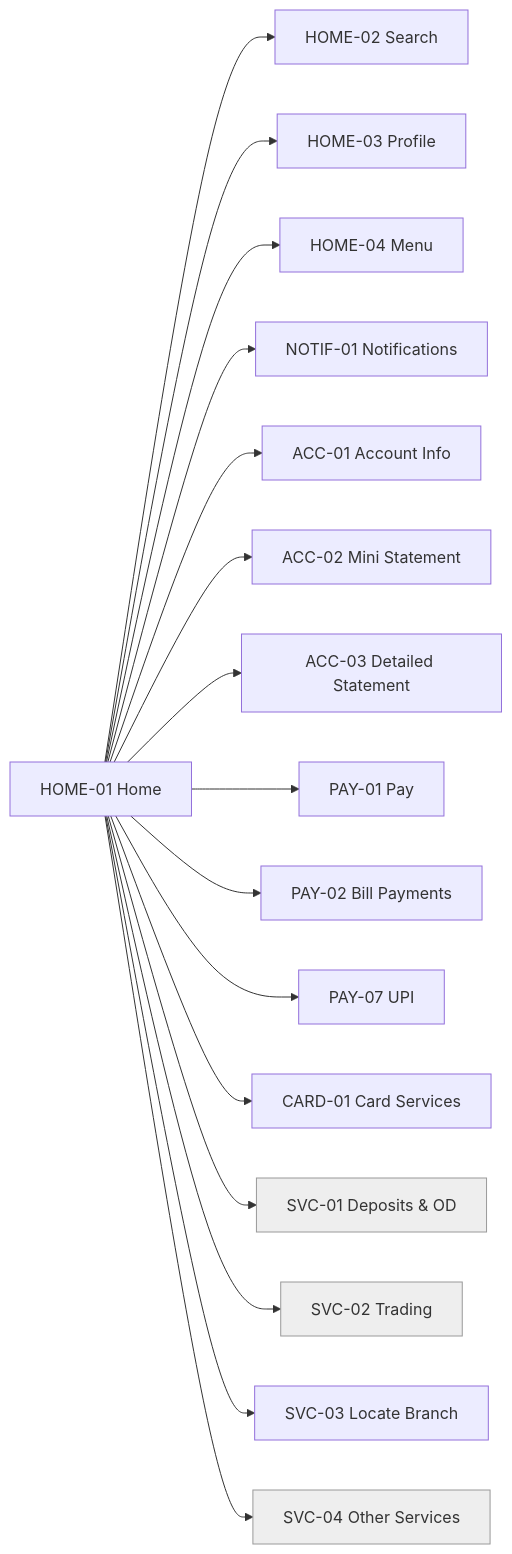
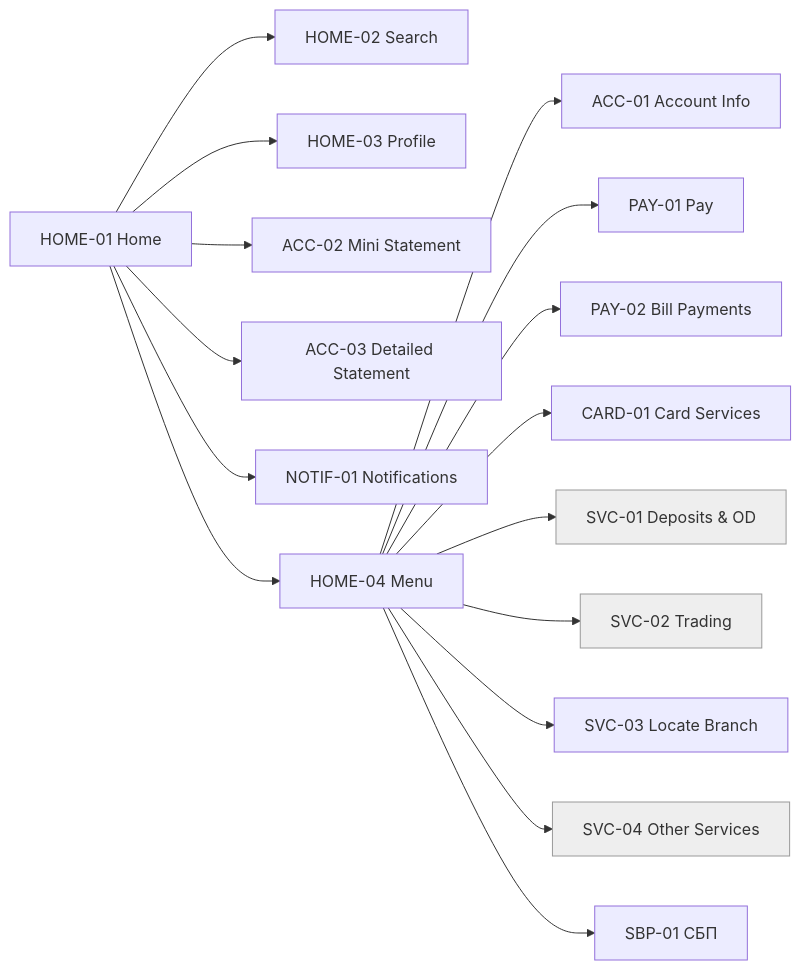
The seventh of 7 diagrams in docs/ui/USER_FLOWS.md (Shustrjak/claude_repo), drawn with Mermaid before and after one commit. The commit also changed other lines of this file and 6 other files, not shown here.

First line of the commit message:
Apply decisions D-01..D-05 to UI spec and roadmap

````diff
--- a/docs/ui/USER_FLOWS.md
+++ b/docs/ui/USER_FLOWS.md
@@ -161,20 +168,20 @@
 ```mermaid
 flowchart LR
   HOME01[HOME-01 Home] --> HOME02[HOME-02 Search]
   HOME01 --> HOME03[HOME-03 Profile]
-  HOME01 --> HOME04[HOME-04 Menu]
-  HOME01 --> NOTIF01[NOTIF-01 Notifications]
-  HOME01 --> ACC01[ACC-01 Account Info]
   HOME01 --> ACC02[ACC-02 Mini Statement]
   HOME01 --> ACC03[ACC-03 Detailed Statement]
-  HOME01 --> PAY01[PAY-01 Pay]
-  HOME01 --> PAY02[PAY-02 Bill Payments]
-  HOME01 --> PAY07[PAY-07 UPI]
-  HOME01 --> CARD01[CARD-01 Card Services]
-  HOME01 --> SVC01[SVC-01 Deposits & OD]
-  HOME01 --> SVC02[SVC-02 Trading]
-  HOME01 --> SVC03[SVC-03 Locate Branch]
-  HOME01 --> SVC04[SVC-04 Other Services]
+  HOME01 --> NOTIF01[NOTIF-01 Notifications]
+  HOME01 --> HOME04[HOME-04 Menu]
+  HOME04 --> ACC01[ACC-01 Account Info]
+  HOME04 --> PAY01[PAY-01 Pay]
+  HOME04 --> PAY02[PAY-02 Bill Payments]
+  HOME04 --> CARD01[CARD-01 Card Services]
+  HOME04 --> SVC01[SVC-01 Deposits & OD]
+  HOME04 --> SVC02[SVC-02 Trading]
+  HOME04 --> SVC03[SVC-03 Locate Branch]
+  HOME04 --> SVC04[SVC-04 Other Services]
+  HOME04 --> SBP01[SBP-01 СБП]
   classDef candidate fill:#eee,stroke:#999
   class SVC01,SVC02,SVC04 candidate
 ```
````
